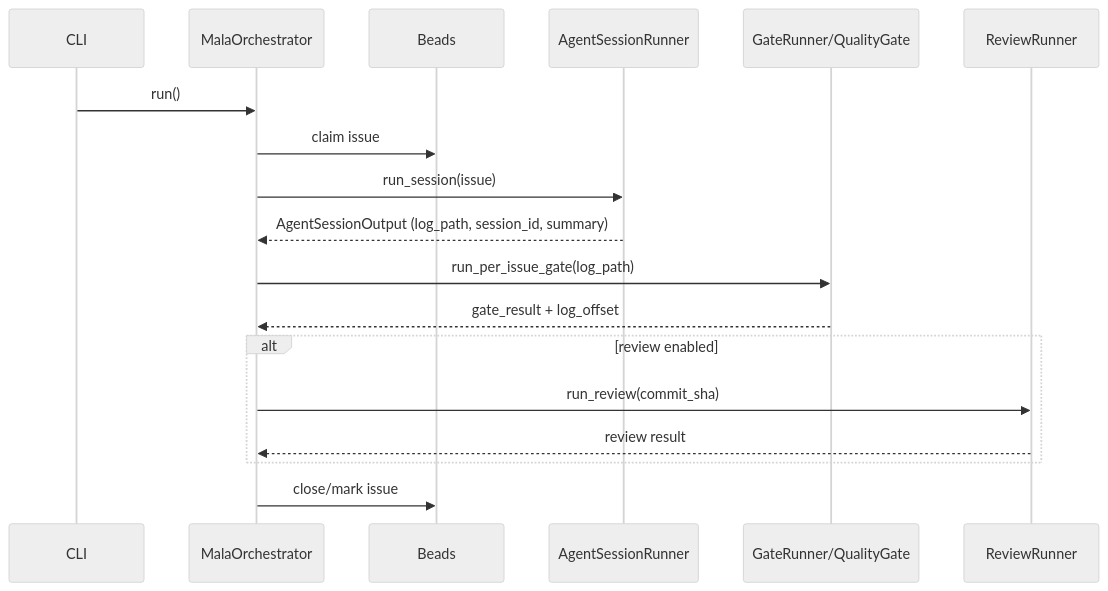
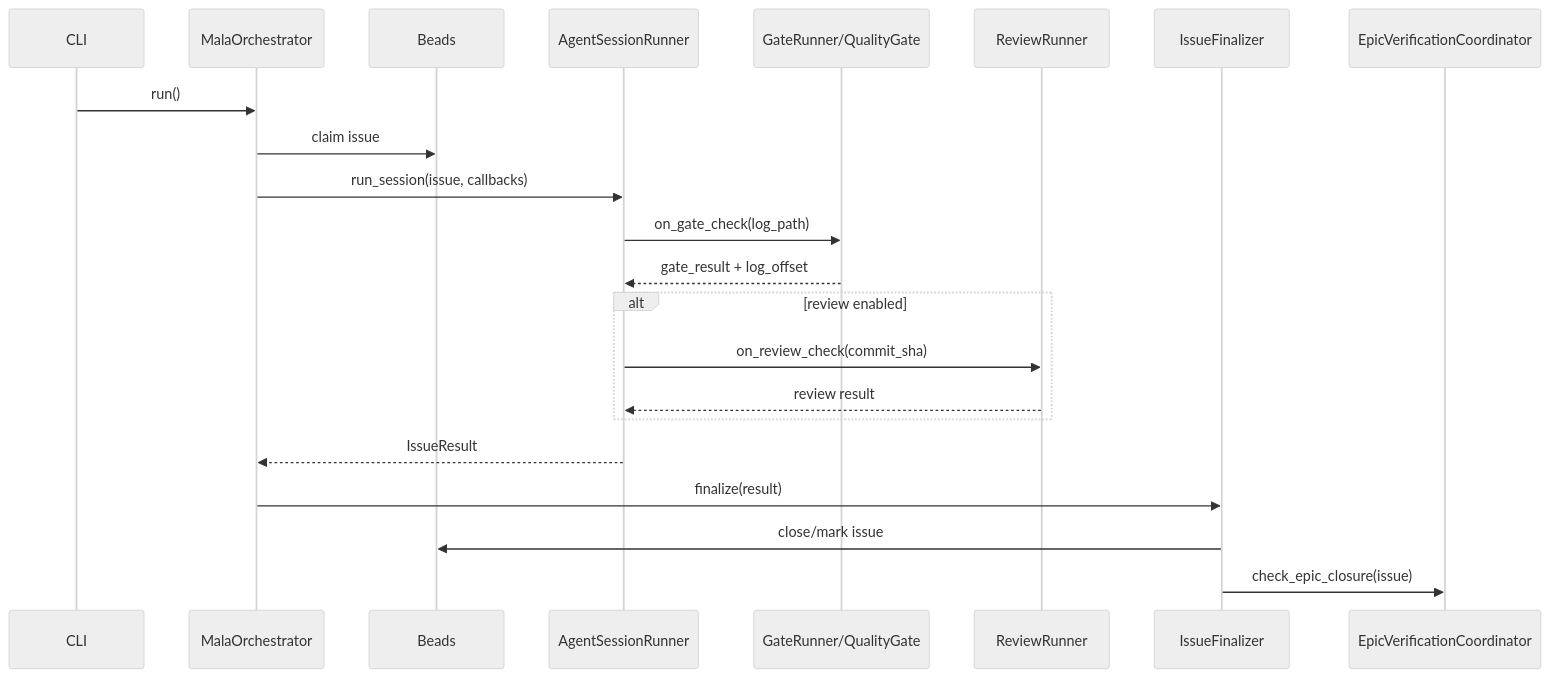
One commit to charlieyou/mala changed the third of 5 diagrams in docs/architecture.md. Above: the diagram before and after it, drawn with Mermaid (neutral theme). The commit also changed other lines of this file and 13 other files, not shown here.

````diff
--- a/docs/architecture.md
+++ b/docs/architecture.md
@@ -137,21 +142,25 @@
 ```mermaid
 sequenceDiagram
   participant CLI
   participant Orch as MalaOrchestrator
   participant Beads
   participant Session as AgentSessionRunner
   participant Gate as GateRunner/QualityGate
   participant Review as ReviewRunner
+  participant Final as IssueFinalizer
+  participant Epic as EpicVerificationCoordinator
 
   CLI->>Orch: run()
   Orch->>Beads: claim issue
-  Orch->>Session: run_session(issue)
-  Session-->>Orch: AgentSessionOutput (log_path, session_id, summary)
-  Orch->>Gate: run_per_issue_gate(log_path)
-  Gate-->>Orch: gate_result + log_offset
+  Orch->>Session: run_session(issue, callbacks)
+  Session->>Gate: on_gate_check(log_path)
+  Gate-->>Session: gate_result + log_offset
   alt review enabled
-    Orch->>Review: run_review(commit_sha)
-    Review-->>Orch: review result
+    Session->>Review: on_review_check(commit_sha)
+    Review-->>Session: review result
   end
-  Orch->>Beads: close/mark issue
+  Session-->>Orch: IssueResult
+  Orch->>Final: finalize(result)
+  Final->>Beads: close/mark issue
+  Final->>Epic: check_epic_closure(issue)
 ```
````
